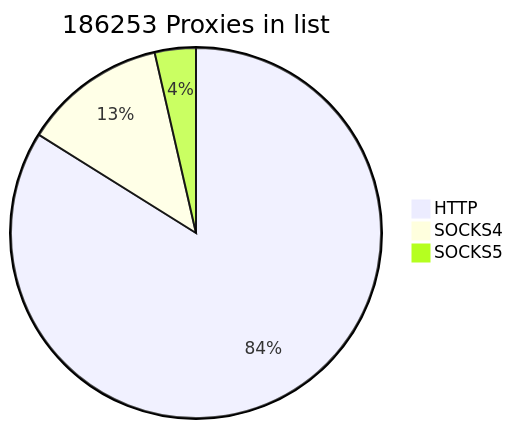
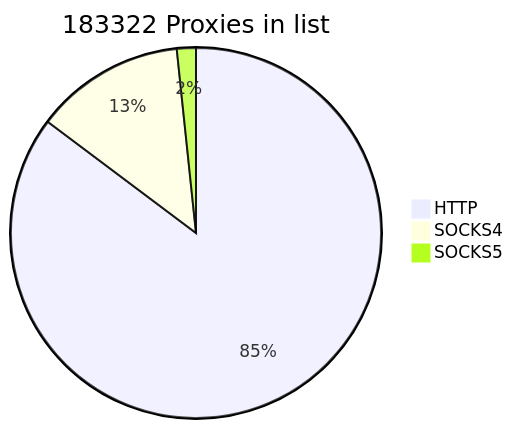
The first of 2 diagrams in README.md (cutipu/proxylist), drawn with Mermaid before and after one commit. The commit also changed other lines of this file, not shown here.

````diff
--- a/README.md
+++ b/README.md
@@ -2,7 +2,7 @@
 ```mermaid
-pie title 186253 Proxies in list
-    "HTTP" : 156244
-    "SOCKS4" : 23329
-    "SOCKS5" : 6680
+pie title 183322 Proxies in list
+    "HTTP" : 156272
+    "SOCKS4" : 24002
+    "SOCKS5" : 3048
             
 ```
````
